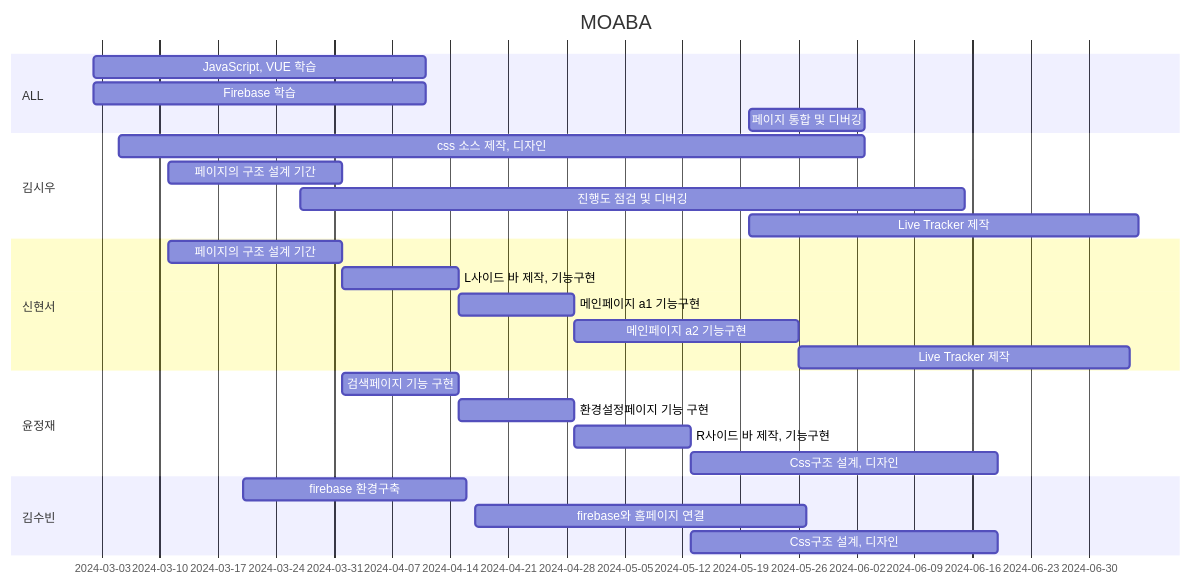
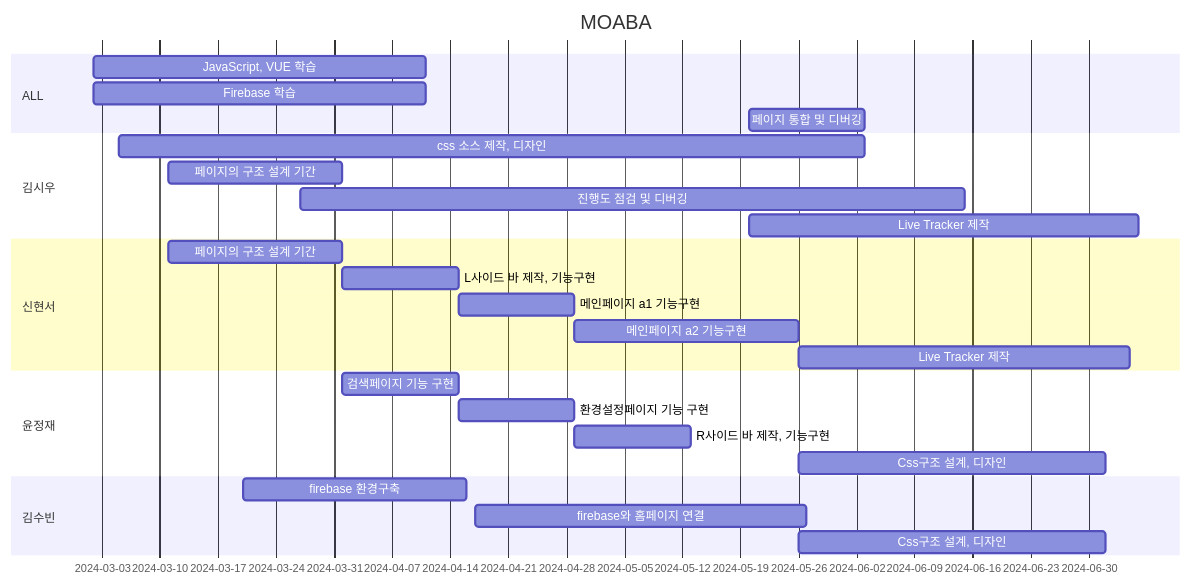
Before and after one commit to kimsiwoo12/kimsiwoo12: the diagram in README.md, drawn with Mermaid.

````diff
--- a/README.md
+++ b/README.md
@@ -8,34 +8,34 @@
 ```mermaid
 gantt
     title MOABA
     dateFormat  YYYY-MM-DD
 
     section ALL
     JavaScript, VUE 학습     :a1, 2024-03-02, 40d
     Firebase 학습            :a2, 2024-03-02, 40d
     페이지 통합 및 디버깅    :a3, 2024-05-20, 14d
 
     section 김시우
     css 소스 제작, 디자인    :a1, 2024-03-05, 90d
     페이지의 구조 설계 기간  :a2, 2024-03-11, 21d
     진행도 점검 및 디버깅    :a3, 2024-03-27, 80d
     Live Tracker 제작        :a4, 2024-05-20, 47d
 
     section 신현서
     페이지의 구조 설계 기간     :a1, 2024-03-11, 21d
     L사이드 바 제작, 기능구현   :a2, 2024-04-01, 14d
     메인페이지 a1 기능구현      :a3, 2024-04-15, 14d
     메인페이지 a2 기능구현      :a4, 2024-04-29, 27d
     Live Tracker 제작           :a5, 2024-05-26, 40d
 
     section 윤정재
     검색페이지 기능 구현          :a1, 2024-04-01, 14d
     환경설정페이지 기능 구현      :a2, 2024-04-15, 14d
     R사이드 바 제작, 기능구현     :a3, 2024-04-29, 14d
-    Css구조 설계, 디자인          :a4, 2024-05-13, 37d
+    Css구조 설계, 디자인          :a4, 2024-05-26, 37d
 
     section 김수빈
     firebase 환경구축        :a1, 2024-03-20, 27d
     firebase와 홈페이지 연결 :a2, 2024-04-17, 40d
-    Css구조 설계, 디자인     :a3, 2024-05-13, 37d
+    Css구조 설계, 디자인     :a3, 2024-05-26, 37d
 ```
````
